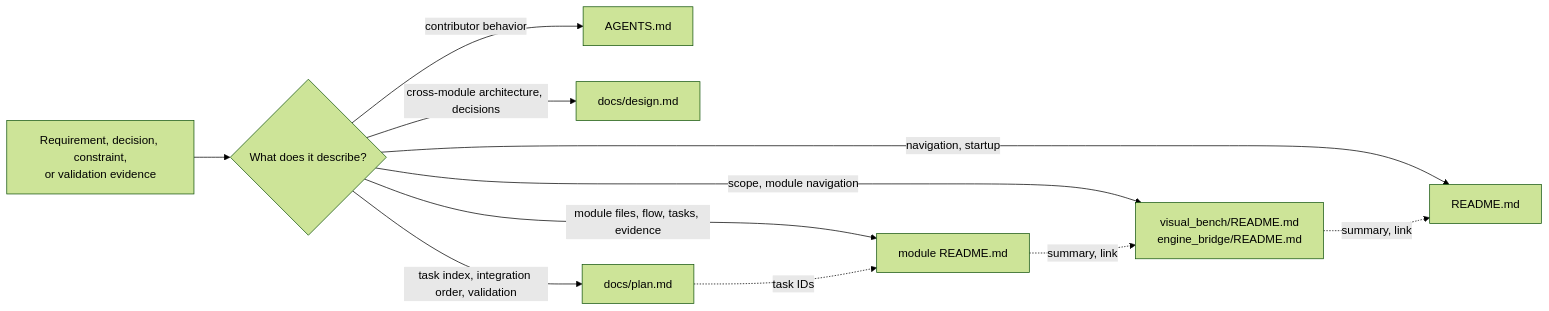
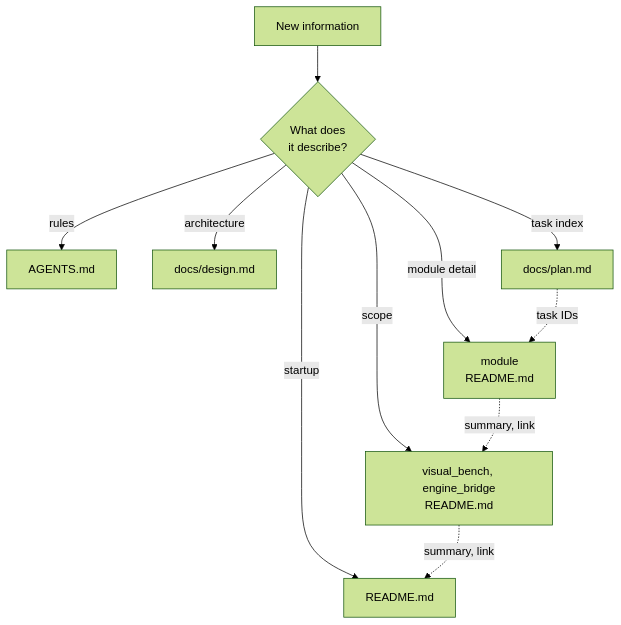
The diagram in docs/README.md (SVF-tools/ACT-GUI), drawn with Mermaid (forest theme) before and after one commit. The commit also changed 17 other files, not shown here.

Commit message:
lay out the README flow diagrams top-down so they stay legible on GitHub

````diff
--- a/docs/README.md
+++ b/docs/README.md
@@ -46,13 +46,13 @@
 ```mermaid
-flowchart LR
-  In["Requirement, decision, constraint,<br/>or validation evidence"] --> Kind{"What does it describe?"}
-  Kind -- "navigation, startup" --> Root["README.md"]
-  Kind -- "contributor behavior" --> Agents["AGENTS.md"]
-  Kind -- "cross-module architecture, decisions" --> Design["docs/design.md"]
-  Kind -- "task index, integration order, validation" --> Plan["docs/plan.md"]
-  Kind -- "scope, module navigation" --> Parent["visual_bench/README.md<br/>engine_bridge/README.md"]
-  Kind -- "module files, flow, tasks, evidence" --> Module["module README.md"]
+flowchart TB
+  In["New information"] --> Kind{"What does<br/>it describe?"}
+  Kind -- "startup" --> Root["README.md"]
+  Kind -- "rules" --> Agents["AGENTS.md"]
+  Kind -- "architecture" --> Design["docs/design.md"]
+  Kind -- "task index" --> Plan["docs/plan.md"]
+  Kind -- "scope" --> Parent["visual_bench, engine_bridge<br/>README.md"]
+  Kind -- "module detail" --> Module["module<br/>README.md"]
   Module -. "summary, link" .-> Parent
   Parent -. "summary, link" .-> Root
   Plan -. "task IDs" .-> Module
 ```
````
